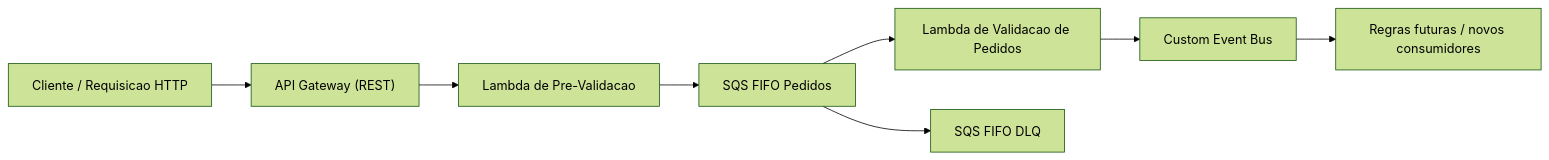
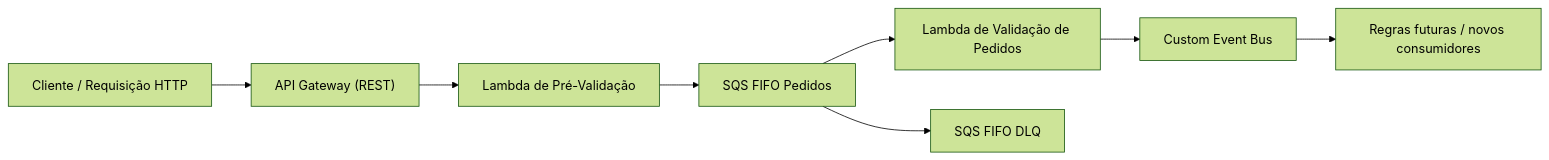
Before and after one commit to ferfaoliver-ferreira/Hands_On_AWS_Dev: the diagram in semana-do-desenvolvedor-edn/dia-1-api-eventbridge/README.md, drawn with Mermaid (forest theme). The commit also changed other lines of this file and 4 other files, not shown here.

````diff
--- a/semana-do-desenvolvedor-edn/dia-1-api-eventbridge/README.md
+++ b/semana-do-desenvolvedor-edn/dia-1-api-eventbridge/README.md
@@ -41,10 +41,10 @@
 ```mermaid
 flowchart LR
-    A["Cliente / Requisicao HTTP"] --> B["API Gateway (REST)"]
-    B --> C["Lambda de Pre-Validacao"]
+    A["Cliente / Requisição HTTP"] --> B["API Gateway (REST)"]
+    B --> C["Lambda de Pré-Validação"]
     C --> D["SQS FIFO Pedidos"]
-    D --> E["Lambda de Validacao de Pedidos"]
+    D --> E["Lambda de Validação de Pedidos"]
     D --> F["SQS FIFO DLQ"]
     E --> G["Custom Event Bus"]
     G --> H["Regras futuras / novos consumidores"]
 ```
````
